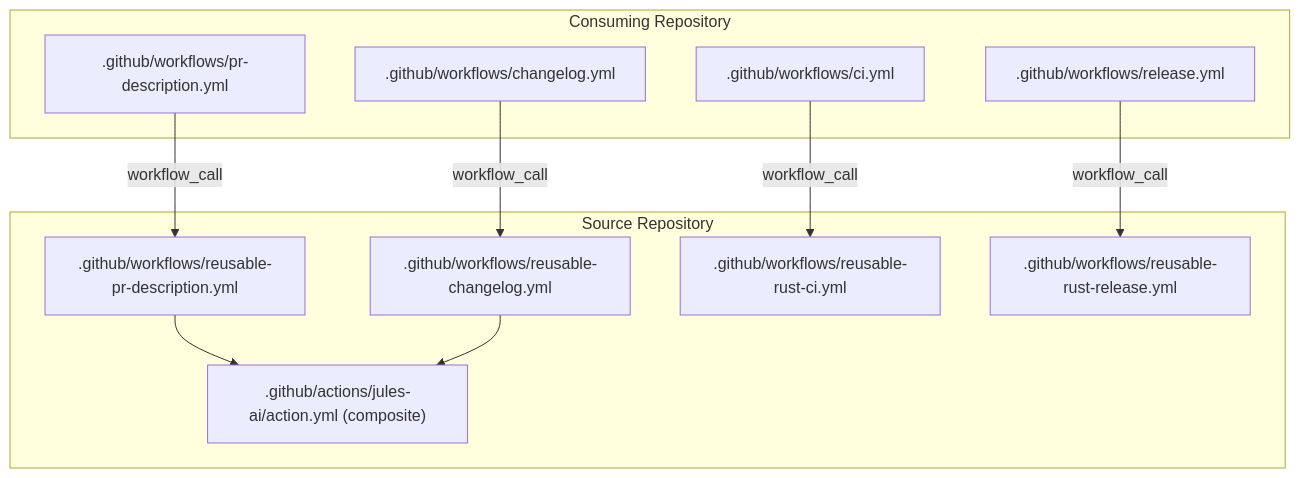
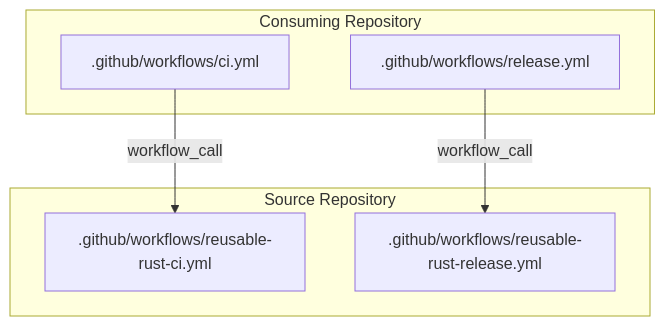
The diagram in .github/README.md (Weekendsuperhero-io/platform-tools), drawn with Mermaid before and after one commit. The commit also changed other lines of this file and 31 other files, not shown here.

````diff
--- a/.github/README.md
+++ b/.github/README.md
@@ -288,25 +162,15 @@
 ```mermaid
 flowchart TD
   subgraph Consuming["Consuming Repository"]
-    C1[".github/workflows/pr-description.yml"]
-    C2[".github/workflows/changelog.yml"]
     C3[".github/workflows/ci.yml"]
     C4[".github/workflows/release.yml"]
   end
 
   subgraph Source["Source Repository"]
-    R1[".github/workflows/reusable-pr-description.yml"]
-    R2[".github/workflows/reusable-changelog.yml"]
     R3[".github/workflows/reusable-rust-ci.yml"]
     R4[".github/workflows/reusable-rust-release.yml"]
-    A1[".github/actions/jules-ai/action.yml (composite)"]
   end
 
-  C1 -- workflow_call --> R1
-  C2 -- workflow_call --> R2
   C3 -- workflow_call --> R3
   C4 -- workflow_call --> R4
-
-  R1 --> A1
-  R2 --> A1
 ```
````
